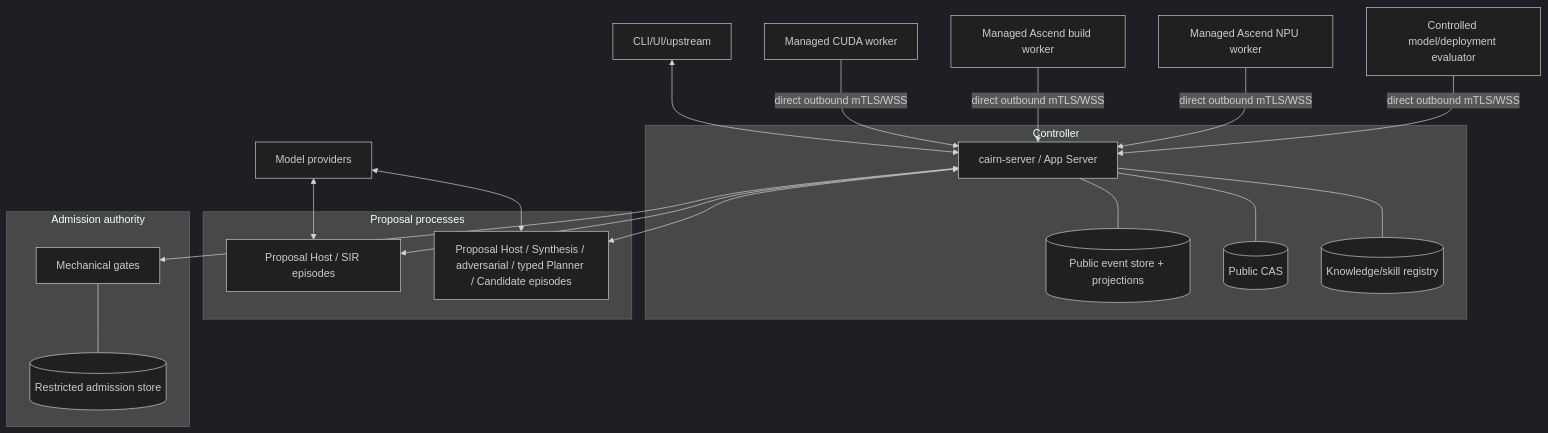
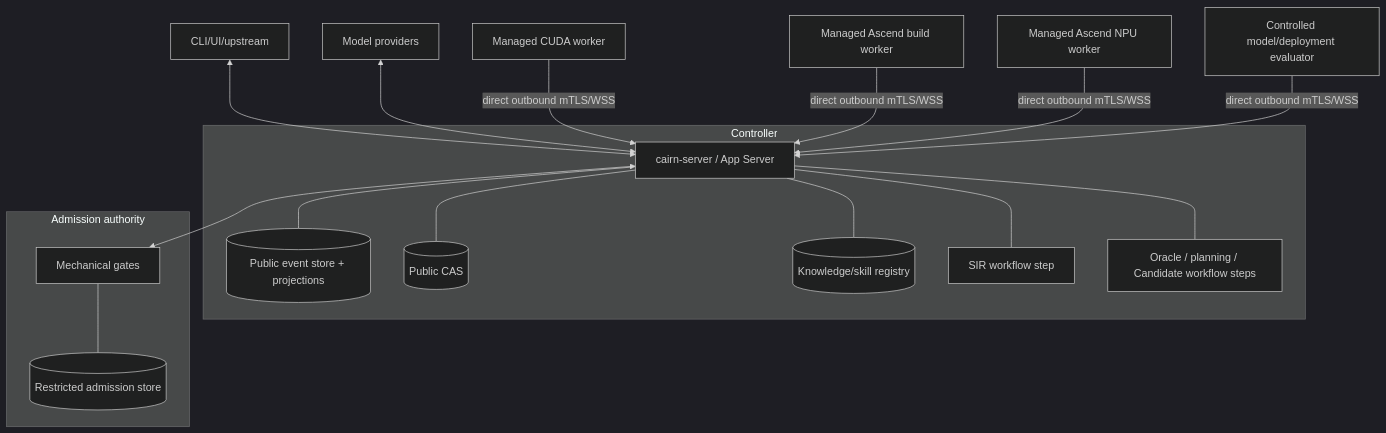
One commit to ascendresearch/cairn changed the fifth of 5 diagrams in docs/SYSTEM_DESIGN.md. Above: the diagram before and after it, drawn with Mermaid (dark theme). The commit also changed other lines of this file and 71 other files, not shown here.

Commit message:
feat: connect client workflow and inline proposal steps

````diff
--- a/docs/SYSTEM_DESIGN.md
+++ b/docs/SYSTEM_DESIGN.md
@@ -607,34 +607,30 @@
 ```mermaid
 flowchart TB
     subgraph controller["Controller"]
       server["cairn-server / App Server"]
       db[("Public event store + projections")]
       cas[("Public CAS")]
       kb[("Knowledge/skill registry")]
       server --- db
       server --- cas
       server --- kb
-    end
-
-    subgraph proposal["Proposal processes"]
-      sir["Proposal Host / SIR episodes"]
-      episodes["Proposal Host / Synthesis / adversarial / typed Planner / Candidate episodes"]
+      sir["SIR workflow step"]
+      episodes["Oracle / planning / Candidate workflow steps"]
+      server --- sir
+      server --- episodes
     end
 
     subgraph authority["Admission authority"]
       admission["Mechanical gates"]
       restricted[("Restricted admission store")]
       admission --- restricted
     end
 
     client["CLI/UI/upstream"] <--> server
-    server <--> sir
-    server <--> episodes
     server <--> admission
-    model["Model providers"] <--> sir
-    model <--> episodes
+    model["Model providers"] <--> server
     cuda["Managed CUDA worker"] -->|"direct outbound mTLS/WSS"| server
     build["Managed Ascend build worker"] -->|"direct outbound mTLS/WSS"| server
     npu["Managed Ascend NPU worker"] -->|"direct outbound mTLS/WSS"| server
     integration["Controlled model/deployment evaluator"] -->|"direct outbound mTLS/WSS"| server
 ```
````
